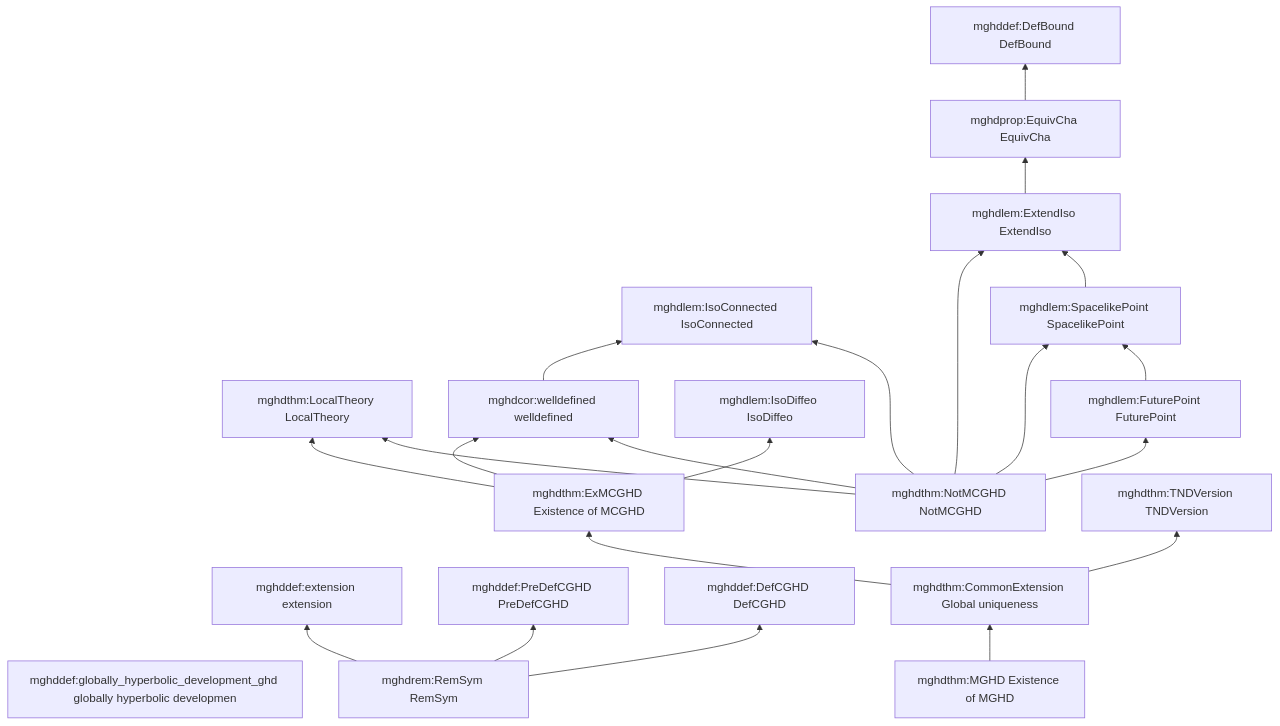
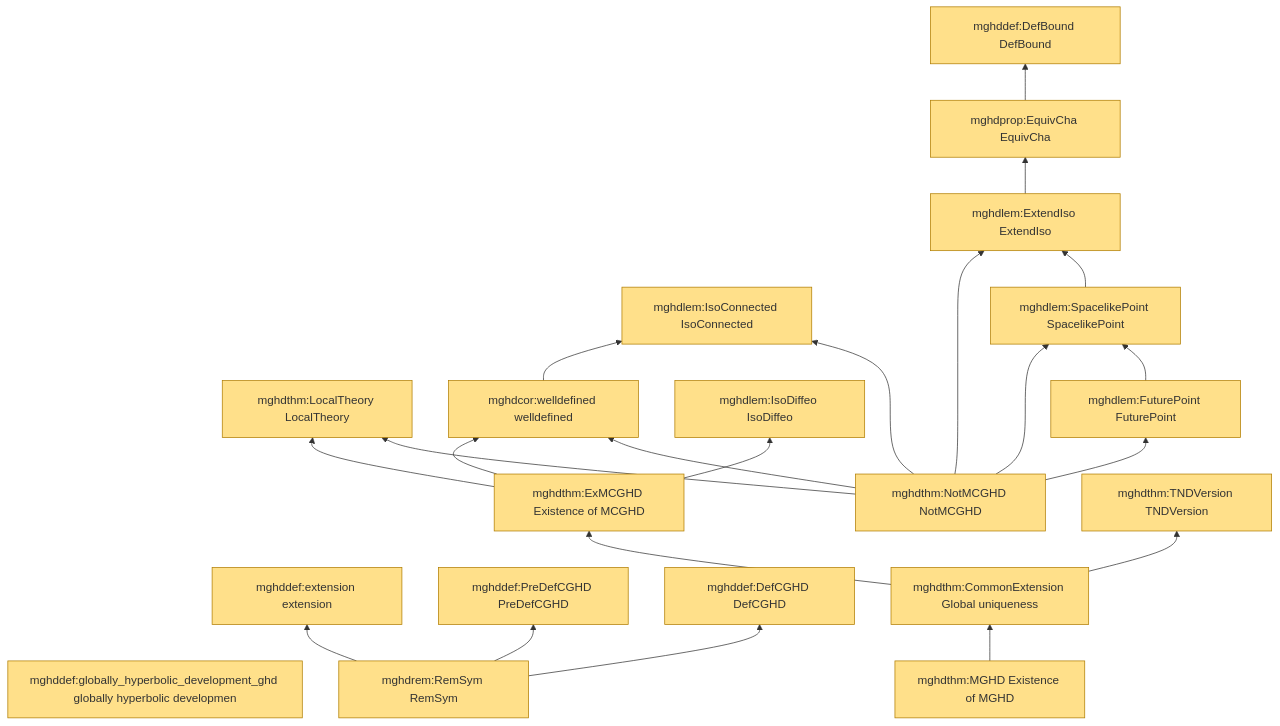
Before and after one commit to LBrunswic/MathAtlas: the diagram in papers/sbierski-mghd/ledger/LEDGER.md, drawn with Mermaid. The commit also changed other lines of this file and 5 other files, not shown here.

````diff
--- a/papers/sbierski-mghd/ledger/LEDGER.md
+++ b/papers/sbierski-mghd/ledger/LEDGER.md
@@ -65,45 +65,64 @@
 ```mermaid
 graph BT
   n0["mghddef:globally_hyperbolic_development_ghd globally hyperbolic developmen"]
+  class n0 part;
   n1["mghddef:extension extension"]
+  class n1 part;
   n2["mghddef:PreDefCGHD PreDefCGHD"]
+  class n2 part;
   n3["mghddef:DefCGHD DefCGHD"]
+  class n3 part;
   n4["mghdrem:RemSym RemSym"]
+  class n4 part;
   n5["mghdthm:LocalTheory LocalTheory"]
+  class n5 part;
   n6["mghdthm:CommonExtension Global uniqueness"]
+  class n6 part;
   n7["mghdthm:MGHD Existence of MGHD"]
+  class n7 part;
   n8["mghdlem:IsoConnected IsoConnected"]
+  class n8 part;
   n9["mghdcor:welldefined welldefined"]
+  class n9 part;
   n10["mghdlem:IsoDiffeo IsoDiffeo"]
+  class n10 part;
   n11["mghdthm:ExMCGHD Existence of MCGHD"]
+  class n11 part;
   n12["mghddef:DefBound DefBound"]
+  class n12 part;
   n13["mghdthm:NotMCGHD NotMCGHD"]
+  class n13 part;
   n14["mghdprop:EquivCha EquivCha"]
+  class n14 part;
   n15["mghdlem:ExtendIso ExtendIso"]
+  class n15 part;
   n16["mghdlem:SpacelikePoint SpacelikePoint"]
+  class n16 part;
   n17["mghdlem:FuturePoint FuturePoint"]
+  class n17 part;
   n18["mghdthm:TNDVersion TNDVersion"]
+  class n18 part;
   n4 --> n1
   n4 --> n2
   n4 --> n3
   n6 --> n18
   n6 --> n11
   n7 --> n6
   n9 --> n8
   n11 --> n5
   n11 --> n10
   n11 --> n9
   n13 --> n16
   n13 --> n15
   n13 --> n17
   n13 --> n5
   n13 --> n9
   n13 --> n8
   n14 --> n12
   n15 --> n14
   n16 --> n15
   n17 --> n16
   classDef done fill:#b7e4c7,stroke:#2d6a4f;
   classDef part fill:#ffe08a,stroke:#b07d00;
   classDef scaf fill:#ffd6a5,stroke:#b35c00;
 ```
````
